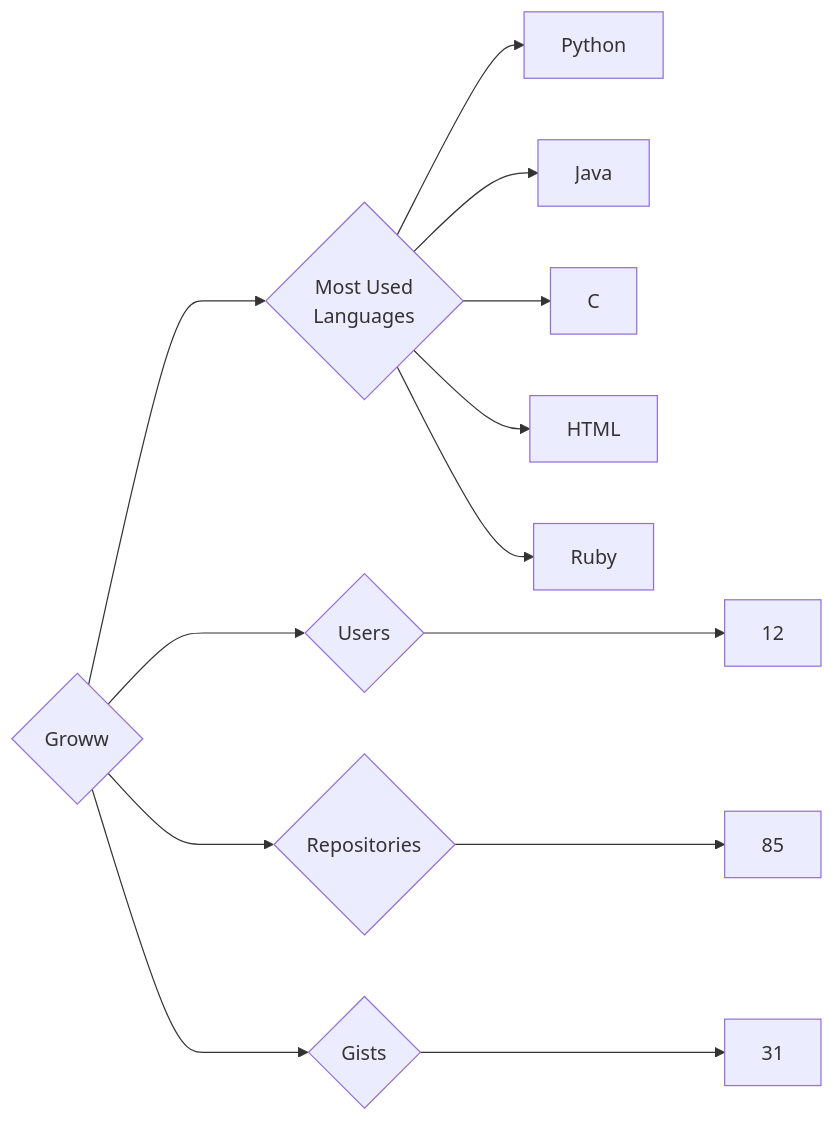
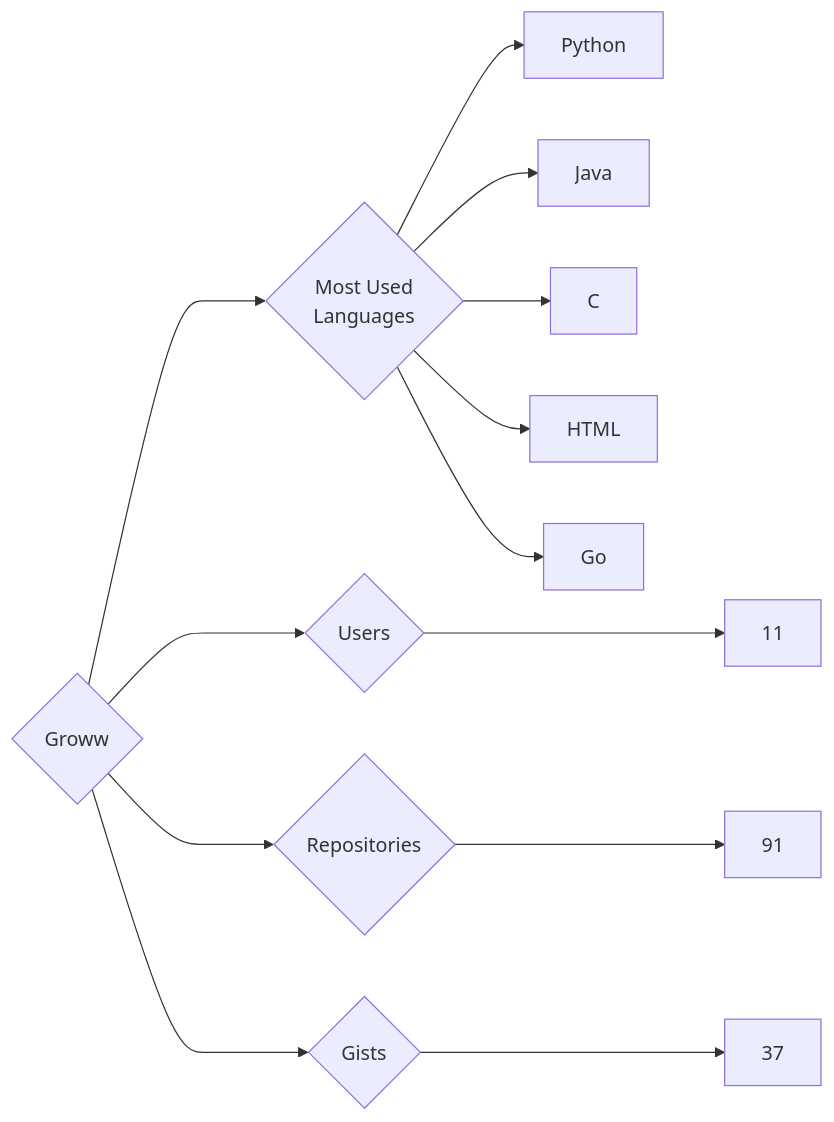
One commit to trickest/insiders changed the diagram in targets/Groww/README.md. Above: the diagram before and after it, drawn with Mermaid. The commit also changed 988 other files, not shown here.

````diff
--- a/targets/Groww/README.md
+++ b/targets/Groww/README.md
@@ -3,13 +3,13 @@
 ```mermaid
 graph LR
 COMPANY_NAME{Groww}
-COMPANY_NAME ---> U{Users} ---> UN[12]
-COMPANY_NAME ---> R{Repositories} ---> RN[85]
-COMPANY_NAME ---> G{Gists} ---> GN[31]
+COMPANY_NAME ---> U{Users} ---> UN[11]
+COMPANY_NAME ---> R{Repositories} ---> RN[91]
+COMPANY_NAME ---> G{Gists} ---> GN[37]
 COMPANY_NAME ---> ML{Most Used<br>Languages}
 ML --> Python[Python]
 ML --> Java[Java]
 ML --> C[C]
 ML --> HTML[HTML]
-ML --> Ruby[Ruby]
+ML --> Go[Go]
 ```
````
